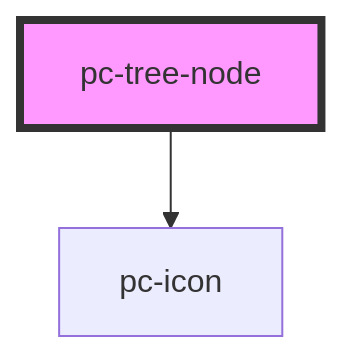
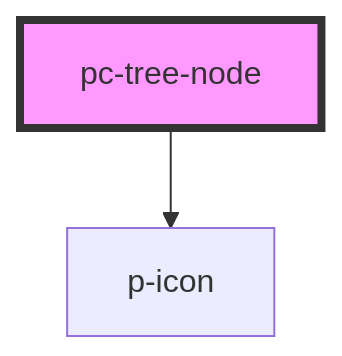
One commit to redvars/peacock changed the diagram in src/components/tree-view/tree-node/readme.md. Above: the diagram before and after it, drawn with Mermaid. The commit also changed other lines of this file and 94 other files, not shown here.

````diff
--- a/src/components/tree-view/tree-node/readme.md
+++ b/src/components/tree-view/tree-node/readme.md
@@ -62,5 +62,5 @@
 ```mermaid
 graph TD;
-  pc-tree-node --> pc-icon
+  pc-tree-node --> p-icon
   style pc-tree-node fill:#f9f,stroke:#333,stroke-width:4px
 ```
````
